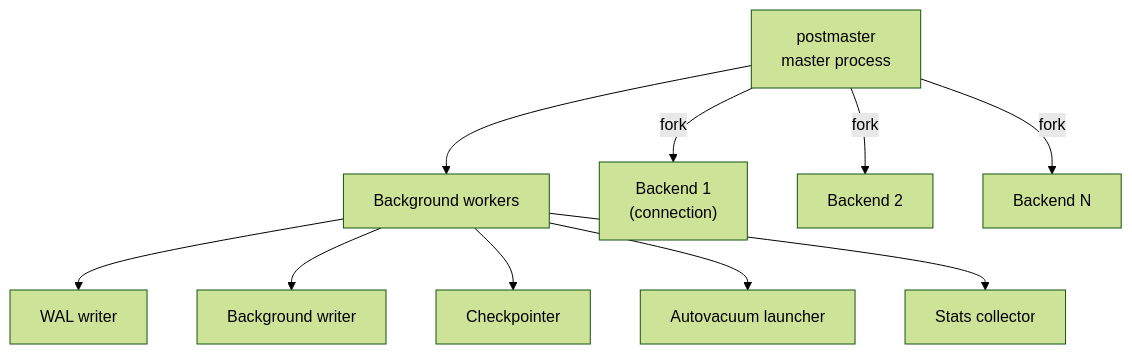
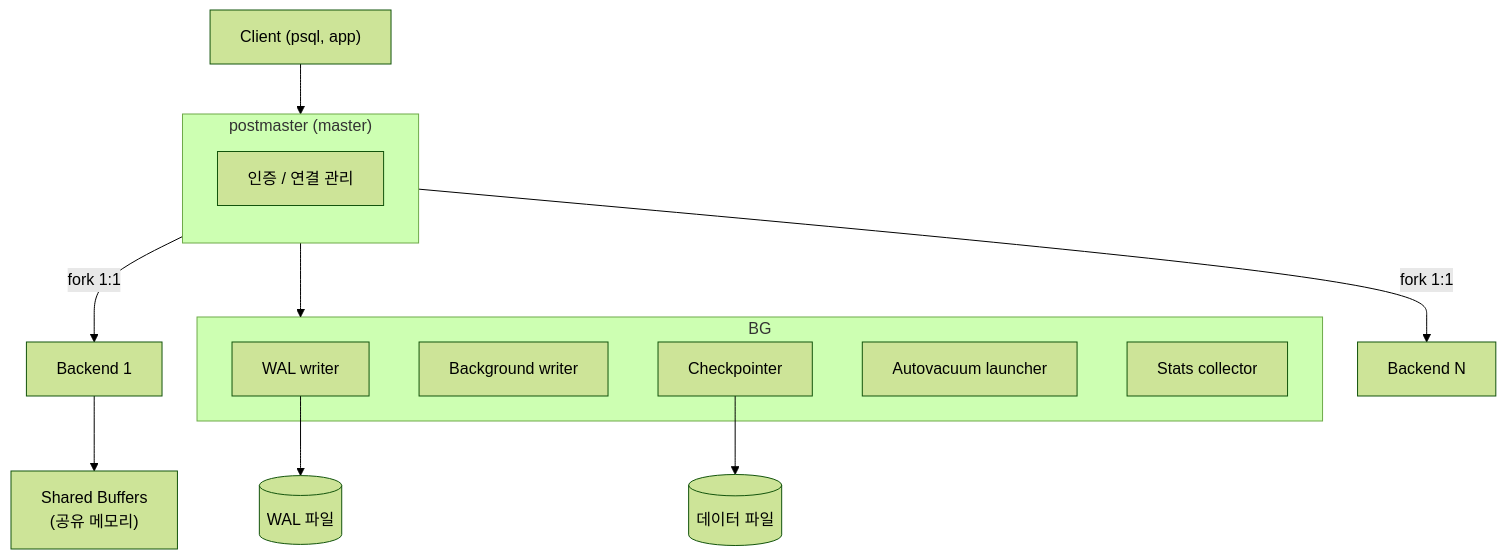
Before and after one commit to shinkeonkim/shinkeonkim.github.io: the first of 7 diagrams in src/content/wiki/database-internals/postgresql.mdx, drawn with Mermaid (forest theme). The commit also changed other lines of this file and 526 other files, not shown here.

First line of the commit message:
content(wiki): 전수조사 및 대규모 보강 (짧은 파일 0, mermaid +645)

````diff
--- a/src/content/wiki/database-internals/postgresql.mdx
+++ b/src/content/wiki/database-internals/postgresql.mdx
@@ -20,12 +29,21 @@
 ```mermaid
 flowchart TB
-    Postmaster[postmaster<br/>master process] --> BG[Background workers]
-    BG --> WAL_W[WAL writer]
-    BG --> BG_W[Background writer]
-    BG --> Checkpointer[Checkpointer]
-    BG --> Autovacuum[Autovacuum launcher]
-    BG --> Stats[Stats collector]
-    Postmaster -->|fork| C1["Backend 1<br/>(connection)"]
-    Postmaster -->|fork| C2[Backend 2]
-    Postmaster -->|fork| C3[Backend N]
+    Client["Client (psql, app)"] --> Postmaster
+    subgraph Postmaster["postmaster (master)"]
+        direction TB
+        Auth["인증 / 연결 관리"]
+    end
+    Postmaster -->|"fork 1:1"| B1["Backend 1"]
+    Postmaster -->|"fork 1:1"| B2["Backend N"]
+    Postmaster --> BG["Background Workers"]
+    subgraph BG
+        WAL_W["WAL writer"]
+        BG_W["Background writer"]
+        Chkpt["Checkpointer"]
+        AVL["Autovacuum launcher"]
+        Stats["Stats collector"]
+    end
+    B1 --> SharedMem["Shared Buffers<br/>(공유 메모리)"]
+    WAL_W --> WALFile[("WAL 파일")]
+    Chkpt --> Data[("데이터 파일")]
 ```
````
